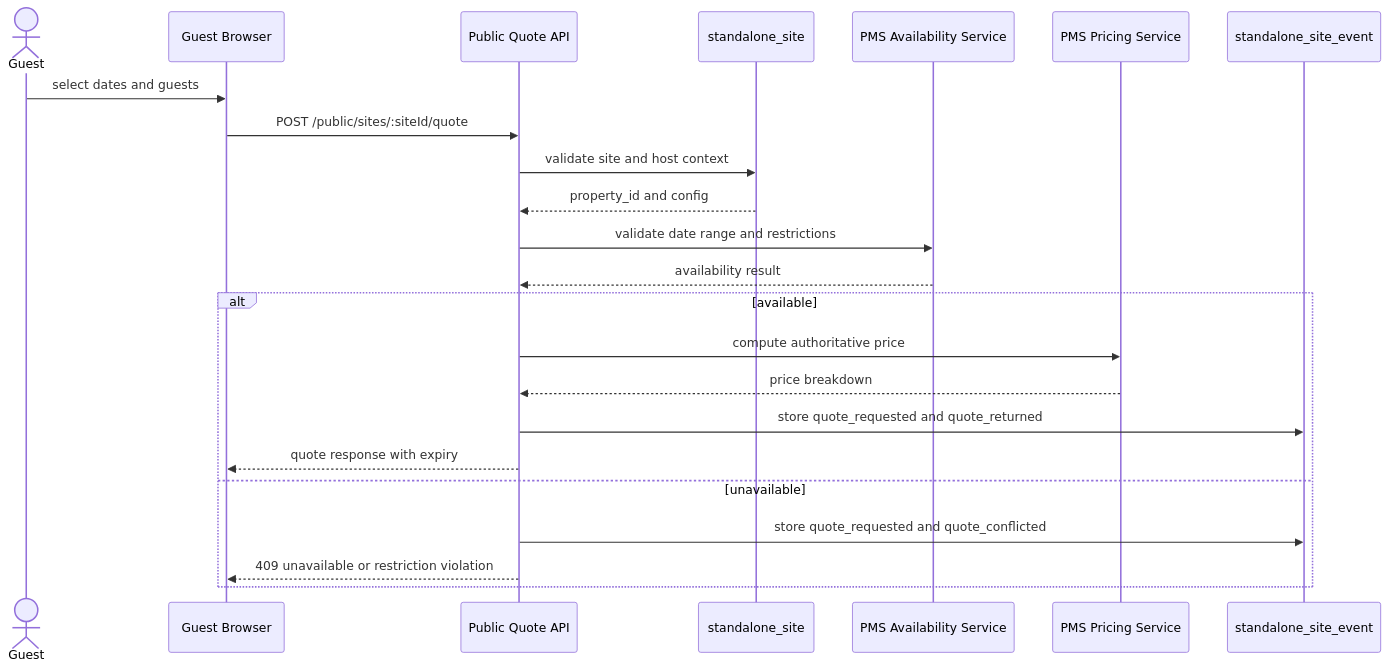
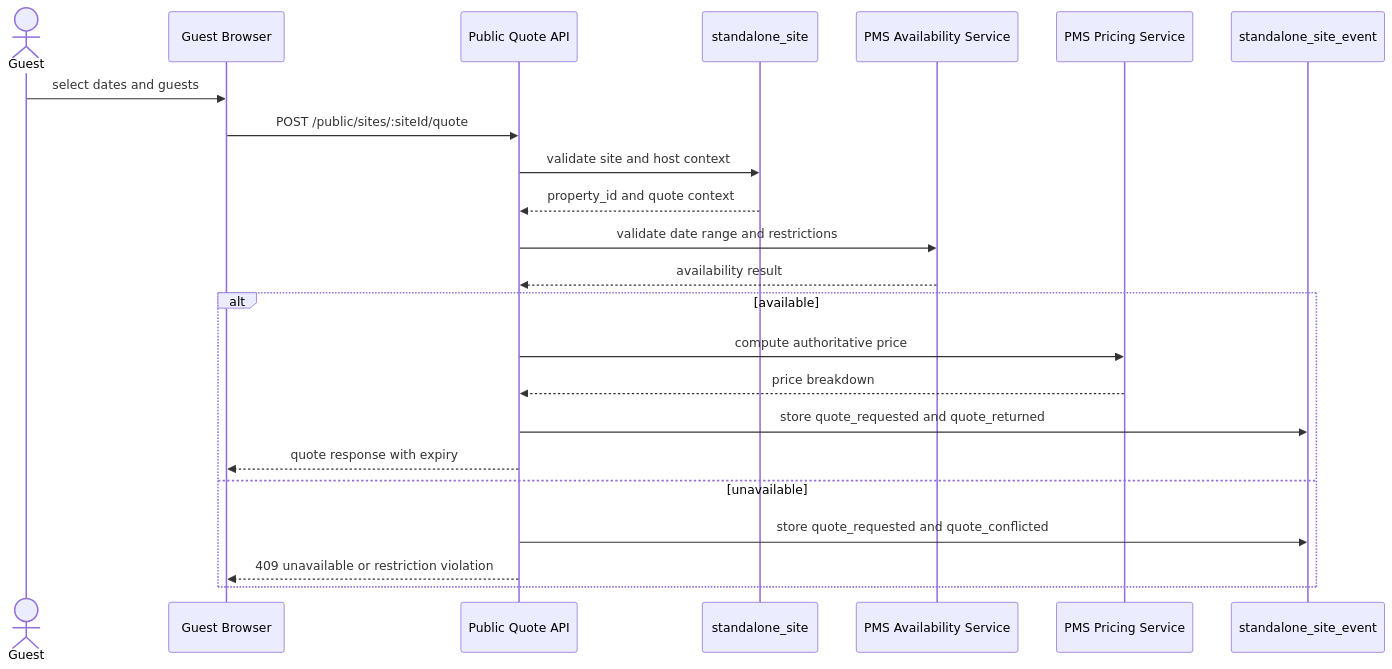
Before and after one commit to domits1/Domits: the seventh of 8 diagrams in docs/internal/apis/directbookingwebsite/standalone_property_site_design_pack.md, drawn with Mermaid. The commit also changed other lines of this file and 2 other files, not shown here.

Commit message:
docs(standalone-site): align v1 architecture docs with published snapshots and english-first locale

````diff
--- a/docs/internal/apis/directbookingwebsite/standalone_property_site_design_pack.md
+++ b/docs/internal/apis/directbookingwebsite/standalone_property_site_design_pack.md
@@ -853,26 +874,26 @@
 ```mermaid
 sequenceDiagram
     actor Guest
     participant Browser as Guest Browser
     participant QuoteAPI as Public Quote API
     participant SiteTable as standalone_site
     participant PMSAvailability as PMS Availability Service
     participant PMSPricing as PMS Pricing Service
     participant Events as standalone_site_event
 
     Guest->>Browser: select dates and guests
     Browser->>QuoteAPI: POST /public/sites/:siteId/quote
     QuoteAPI->>SiteTable: validate site and host context
-    SiteTable-->>QuoteAPI: property_id and config
+    SiteTable-->>QuoteAPI: property_id and quote context
     QuoteAPI->>PMSAvailability: validate date range and restrictions
     PMSAvailability-->>QuoteAPI: availability result
     alt available
         QuoteAPI->>PMSPricing: compute authoritative price
         PMSPricing-->>QuoteAPI: price breakdown
         QuoteAPI->>Events: store quote_requested and quote_returned
         QuoteAPI-->>Browser: quote response with expiry
     else unavailable
         QuoteAPI->>Events: store quote_requested and quote_conflicted
         QuoteAPI-->>Browser: 409 unavailable or restriction violation
     end
 ```
````
